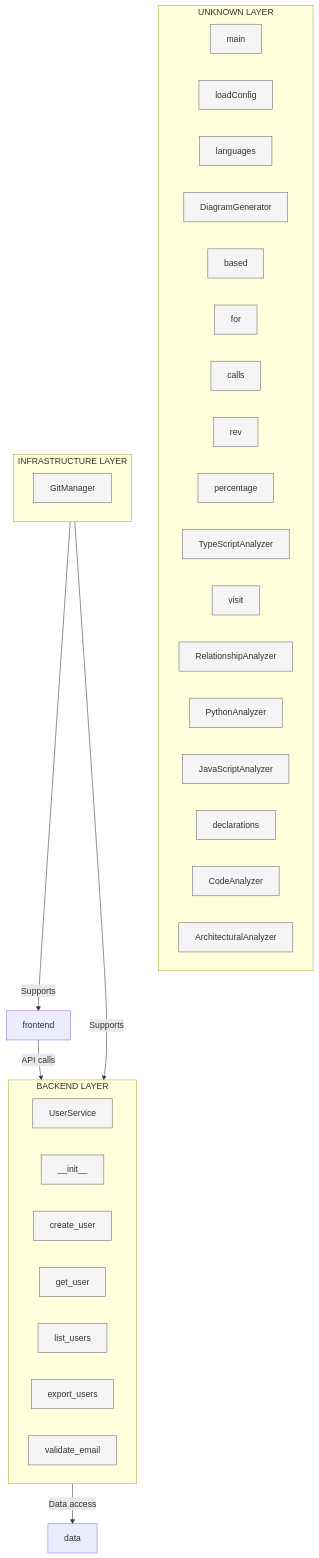
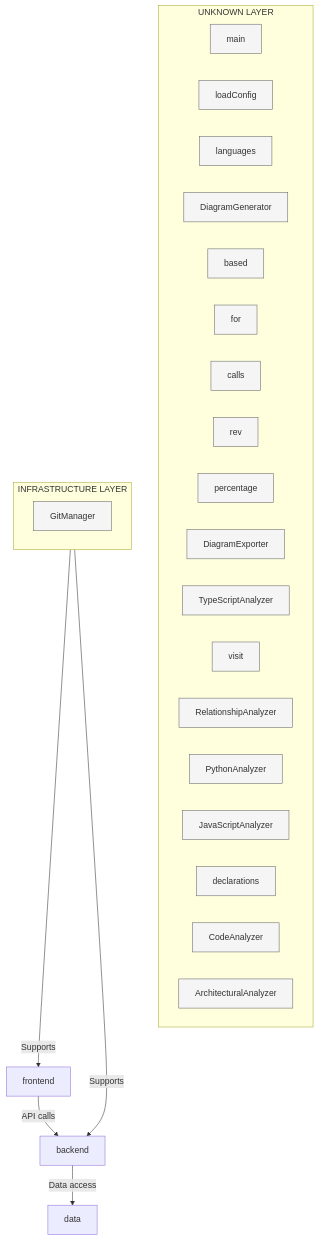
The diagram in docs/architecture/layeredArchitecture.md (samjhill/diagrammer), drawn with Mermaid before and after one commit. The commit also changed other lines of this file and 73 other files, not shown here.

Commit message:
docs: Update architecture diagrams [skip ci]

````diff
--- a/docs/architecture/layeredArchitecture.md
+++ b/docs/architecture/layeredArchitecture.md
@@ -7,77 +7,61 @@
 ```mermaid
 graph TB
   classDef frontend fill:#e3f2fd,stroke:#1976d2,stroke-width:3px
   classDef backend fill:#e8f5e8,stroke:#388e3c,stroke-width:3px
   classDef data fill:#fff3e0,stroke:#f57c00,stroke-width:3px
   classDef infrastructure fill:#f3e5f5,stroke:#7b1fa2,stroke-width:3px
   classDef component fill:#f5f5f5,stroke:#666,stroke-width:1px
 
   subgraph unknown["UNKNOWN LAYER"]
     classDef unknownClass fill:#f5f5f5,stroke:#666,stroke-width:1px
     main["main"]
     main:::component
     loadConfig["loadConfig"]
     loadConfig:::component
     languages["languages"]
     languages:::component
     DiagramGenerator["DiagramGenerator"]
     DiagramGenerator:::component
     based["based"]
     based:::component
     for["for"]
     for:::component
     calls["calls"]
     calls:::component
     rev["rev"]
     rev:::component
     percentage["percentage"]
     percentage:::component
+    DiagramExporter["DiagramExporter"]
+    DiagramExporter:::component
     TypeScriptAnalyzer["TypeScriptAnalyzer"]
     TypeScriptAnalyzer:::component
     visit["visit"]
     visit:::component
     RelationshipAnalyzer["RelationshipAnalyzer"]
     RelationshipAnalyzer:::component
     PythonAnalyzer["PythonAnalyzer"]
     PythonAnalyzer:::component
     JavaScriptAnalyzer["JavaScriptAnalyzer"]
     JavaScriptAnalyzer:::component
     declarations["declarations"]
     declarations:::component
     CodeAnalyzer["CodeAnalyzer"]
     CodeAnalyzer:::component
     ArchitecturalAnalyzer["ArchitecturalAnalyzer"]
     ArchitecturalAnalyzer:::component
   end
 
   subgraph infrastructure["INFRASTRUCTURE LAYER"]
     classDef infrastructureClass fill:#f5f5f5,stroke:#666,stroke-width:1px
     GitManager["GitManager"]
     GitManager:::component
   end
 
-  subgraph backend["BACKEND LAYER"]
-    classDef backendClass fill:#f5f5f5,stroke:#666,stroke-width:1px
-    UserService["UserService"]
-    UserService:::component
-    __init__["__init__"]
-    __init__:::component
-    create_user["create_user"]
-    create_user:::component
-    get_user["get_user"]
-    get_user:::component
-    list_users["list_users"]
-    list_users:::component
-    export_users["export_users"]
-    export_users:::component
-    validate_email["validate_email"]
-    validate_email:::component
-  end
-
   %% Layer relationships
   frontend -->|API calls| backend
   backend -->|Data access| data
   infrastructure -->|Supports| frontend
   infrastructure -->|Supports| backend
 
 ```
````
